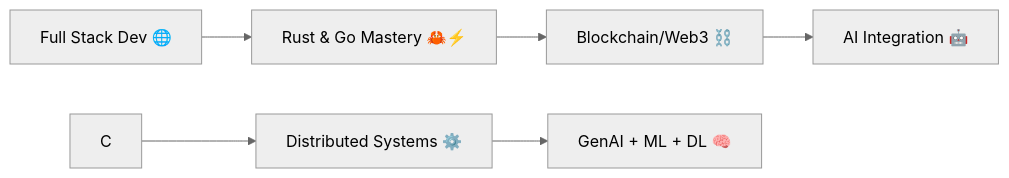
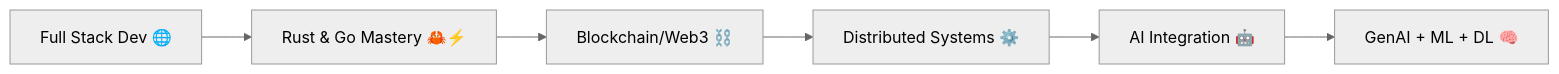
One commit to krisn2/krisn2 changed the diagram in README.md. Above: the diagram before and after it, drawn with Mermaid (neutral theme). The commit also changed other lines of this file, not shown here.

````diff
--- a/README.md
+++ b/README.md
@@ -62,8 +57,8 @@
 ```mermaid
 graph LR
     A[Full Stack Dev 🌐] --> B[Rust & Go Mastery 🦀⚡]
-    B --> D[Blockchain/Web3 ⛓️]
-    C --> E[Distributed Systems ⚙️]
-    D --> F[AI Integration 🤖]
-    E --> G[GenAI + ML + DL 🧠]
+    B --> C[Blockchain/Web3 ⛓️]
+    C --> D[Distributed Systems ⚙️]
+    D --> E[AI Integration 🤖]
+    E --> F[GenAI + ML + DL 🧠]
 ```
````
